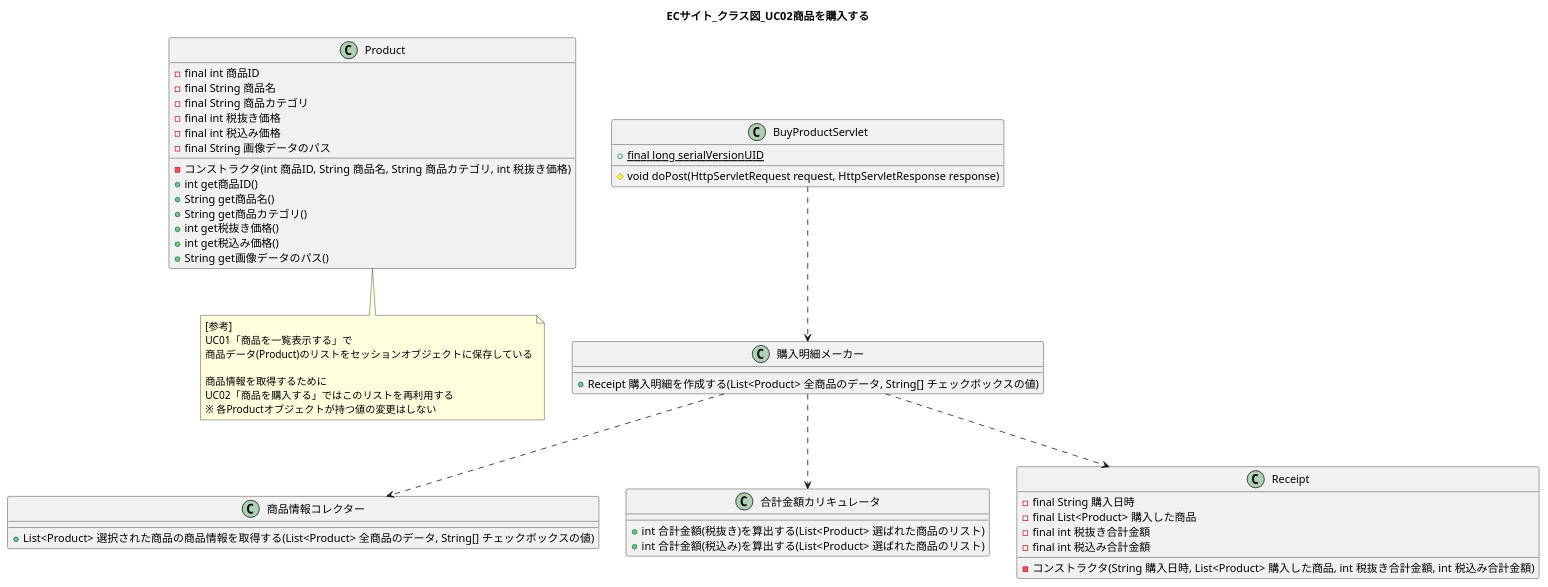
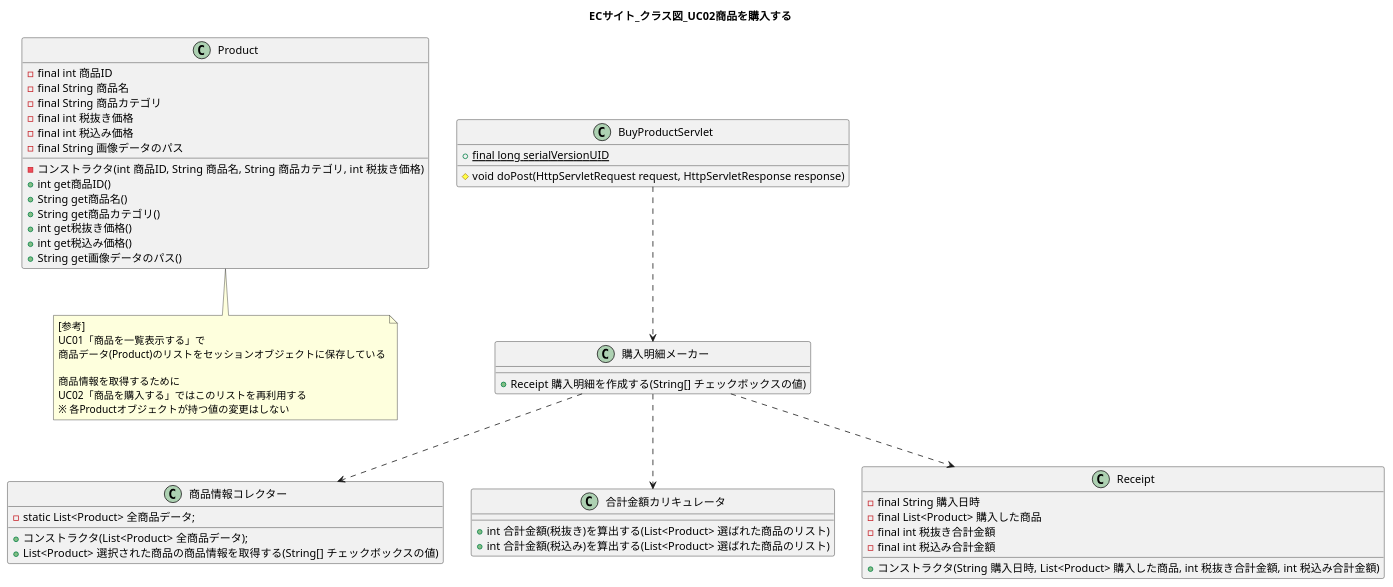
One commit to wnakayama/ojt_ecsite changed the diagram in UML/ClassDiag02.puml. Above: the diagram before and after it, drawn with PlantUML. The commit also changed 3 other files, not shown here.

```diff
--- a/UML/ClassDiag02.puml
+++ b/UML/ClassDiag02.puml
@@ -1,61 +1,63 @@
 @startuml
 title ECサイト_クラス図_UC02商品を購入する
 
 class Product {
     -final int 商品ID
     -final String 商品名
     -final String 商品カテゴリ
     -final int 税抜き価格
     -final int 税込み価格
     -final String 画像データのパス
     -コンストラクタ(int 商品ID, String 商品名, String 商品カテゴリ, int 税抜き価格)
     +int get商品ID()
     +String get商品名()
     +String get商品カテゴリ()
     +int get税抜き価格()
     +int get税込み価格()
     +String get画像データのパス()
 }
 
 note bottom of Product
 [参考]
 UC01「商品を一覧表示する」で
 商品データ(Product)のリストをセッションオブジェクトに保存している
 
 商品情報を取得するために
 UC02「商品を購入する」ではこのリストを再利用する
 ※ 各Productオブジェクトが持つ値の変更はしない
 end note
 
 
 class BuyProductServlet {
     +{static} final long serialVersionUID
     #void doPost(HttpServletRequest request, HttpServletResponse response)
 }
 
 BuyProductServlet ..> 購入明細メーカー
 class 購入明細メーカー {
-    +Receipt 購入明細を作成する(List<Product> 全商品のデータ, String[] チェックボックスの値)
+    +Receipt 購入明細を作成する(String[] チェックボックスの値)
 }
 
 購入明細メーカー ..> 商品情報コレクター
 class 商品情報コレクター {
-    +List<Product> 選択された商品の商品情報を取得する(List<Product> 全商品のデータ, String[] チェックボックスの値)
+    -static List<Product> 全商品データ;
+    +コンストラクタ(List<Product> 全商品データ);
+    +List<Product> 選択された商品の商品情報を取得する(String[] チェックボックスの値)
 }
 
 購入明細メーカー ..> 合計金額カリキュレータ 
 class 合計金額カリキュレータ {
     +int 合計金額(税抜き)を算出する(List<Product> 選ばれた商品のリスト)
     +int 合計金額(税込み)を算出する(List<Product> 選ばれた商品のリスト)
 }
 
 購入明細メーカー ..> Receipt
 class Receipt {
     -final String 購入日時
     -final List<Product> 購入した商品
     -final int 税抜き合計金額
     -final int 税込み合計金額
-    -コンストラクタ(String 購入日時, List<Product> 購入した商品, int 税抜き合計金額, int 税込み合計金額)
+    +コンストラクタ(String 購入日時, List<Product> 購入した商品, int 税抜き合計金額, int 税込み合計金額)
 }
 
 @enduml
```
